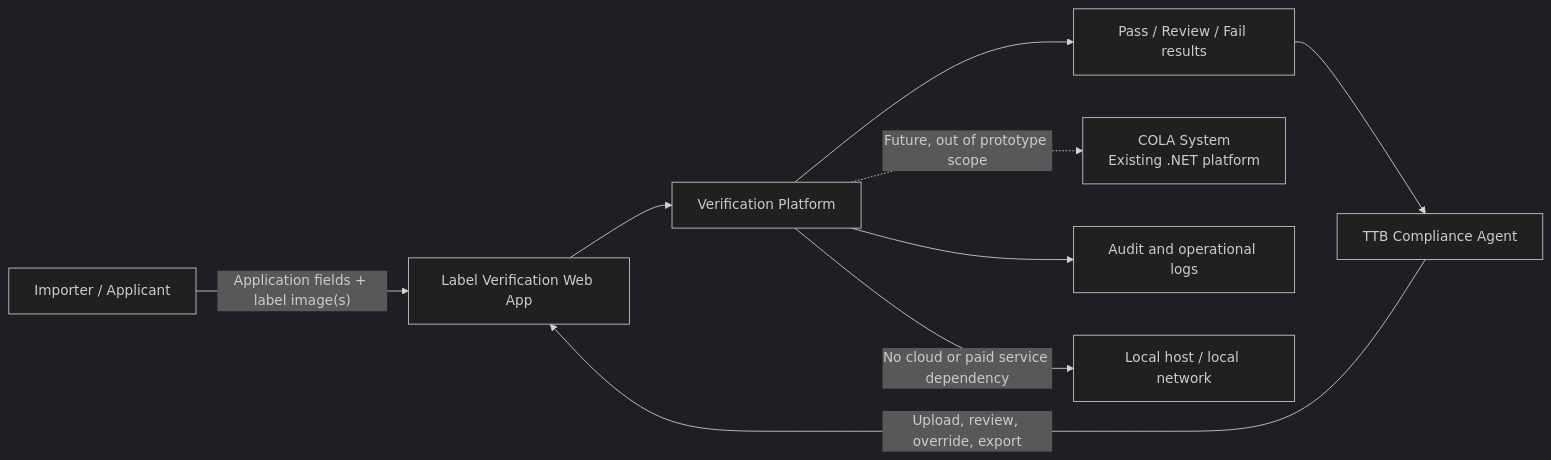
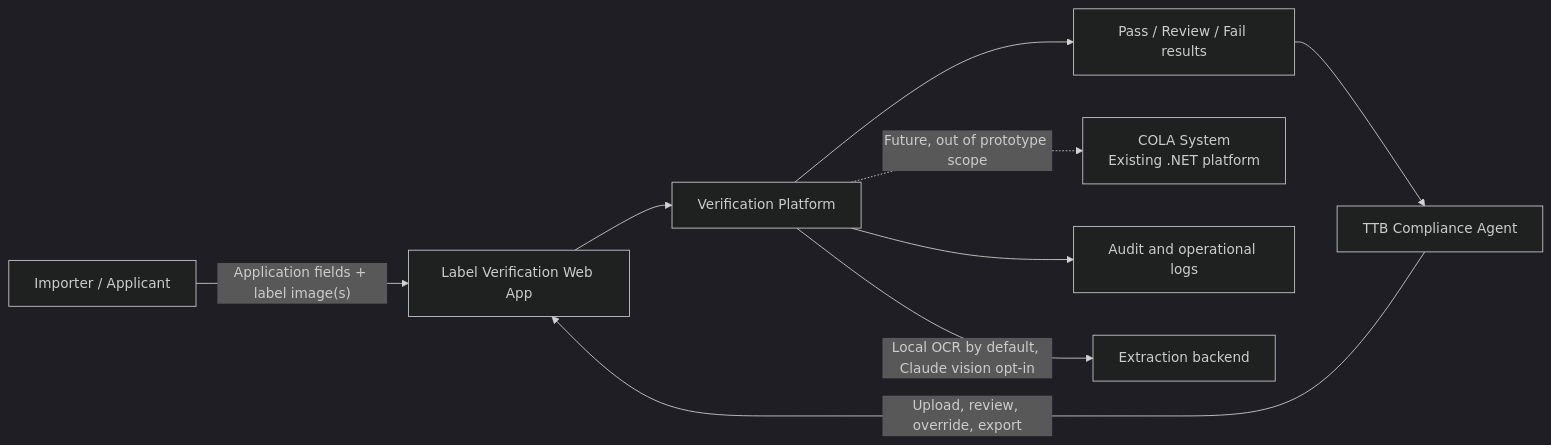
Before and after one commit to axu0910/treasury_take_home: the first of 7 diagrams in arch.md, drawn with Mermaid (dark theme). The commit also changed other lines of this file and 34 other files, not shown here.

First line of the commit message:
Add Claude vision extraction (opt-in) and RapidOCR-backed local default

````diff
--- a/arch.md
+++ b/arch.md
@@ -5,13 +5,13 @@
 ```mermaid
 flowchart LR
     Applicant["Importer / Applicant"] -->|"Application fields + label image(s)"| ReviewUI
     Agent["TTB Compliance Agent"] -->|"Upload, review, override, export"| ReviewUI
     ReviewUI["Label Verification Web App"]
     ReviewUI --> Verification["Verification Platform"]
     Verification --> Results["Pass / Review / Fail results"]
     Results --> Agent
 
     Verification -.->|"Future, out of prototype scope"| COLA["COLA System<br/>Existing .NET platform"]
     Verification --> Audit["Audit and operational logs"]
-    Verification -->|"No cloud or paid service dependency"| Local["Local host / local network"]
+    Verification -->|"Local OCR by default, Claude vision opt-in"| Extraction["Extraction backend"]
 ```
````
